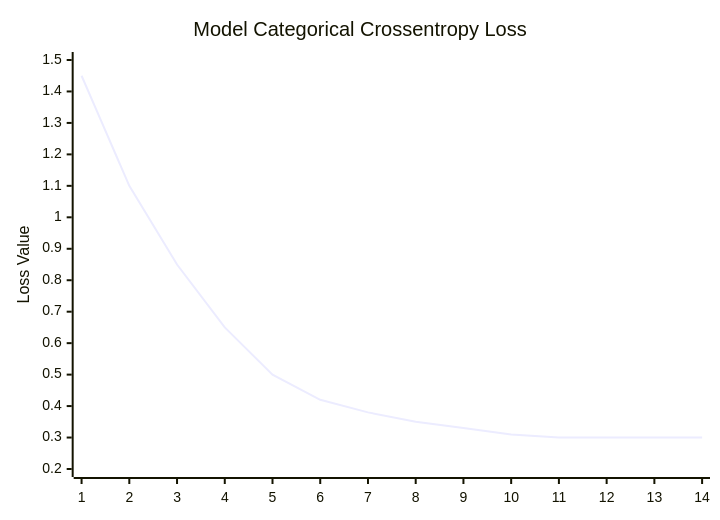
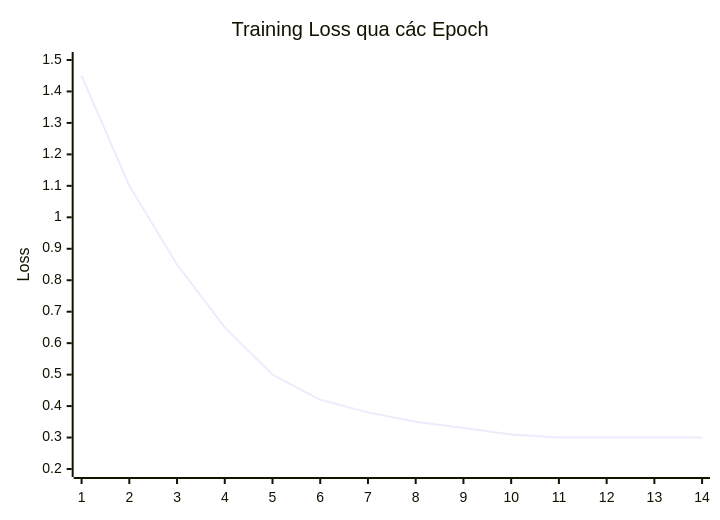
One commit to DevOpsLogistics/FoodVision-Ai changed the eighth of 11 diagrams in README.md. Above: the diagram before and after it, drawn with Mermaid. The commit also changed other lines of this file, not shown here.

Commit message:
Docs: Fix Vietnamese diacritics, simplify Mermaid diagrams, remove UI implementation details

````diff
--- a/README.md
+++ b/README.md
@@ -374,7 +297,7 @@
 ```mermaid
 xychart-beta
-    title "Model Categorical Crossentropy Loss"
+    title "Training Loss qua các Epoch"
     x-axis [1, 2, 3, 4, 5, 6, 7, 8, 9, 10, 11, 12, 13, 14]
-    y-axis "Loss Value" 0.20 --> 1.50
+    y-axis "Loss" 0.20 --> 1.50
     line [1.45, 1.10, 0.85, 0.65, 0.50, 0.42, 0.38, 0.35, 0.33, 0.31, 0.30, 0.30, 0.30, 0.30]
 ```
````
